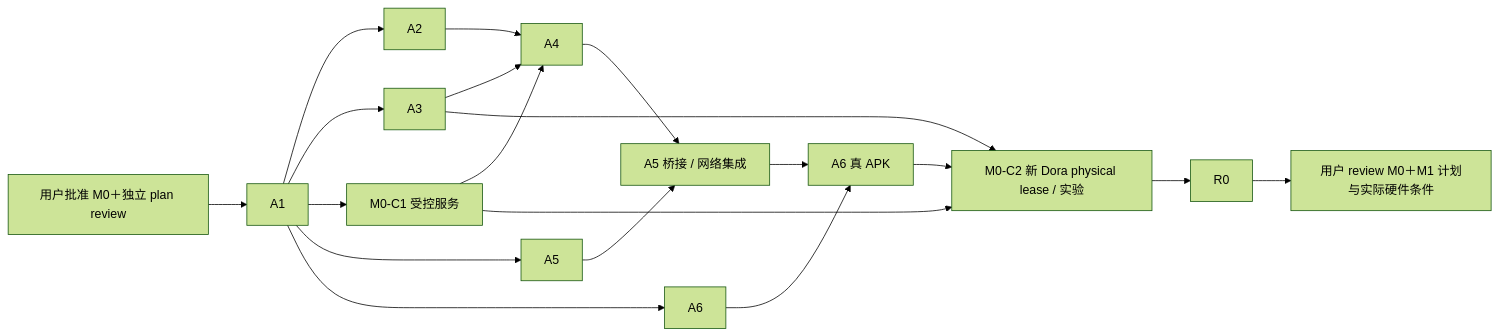
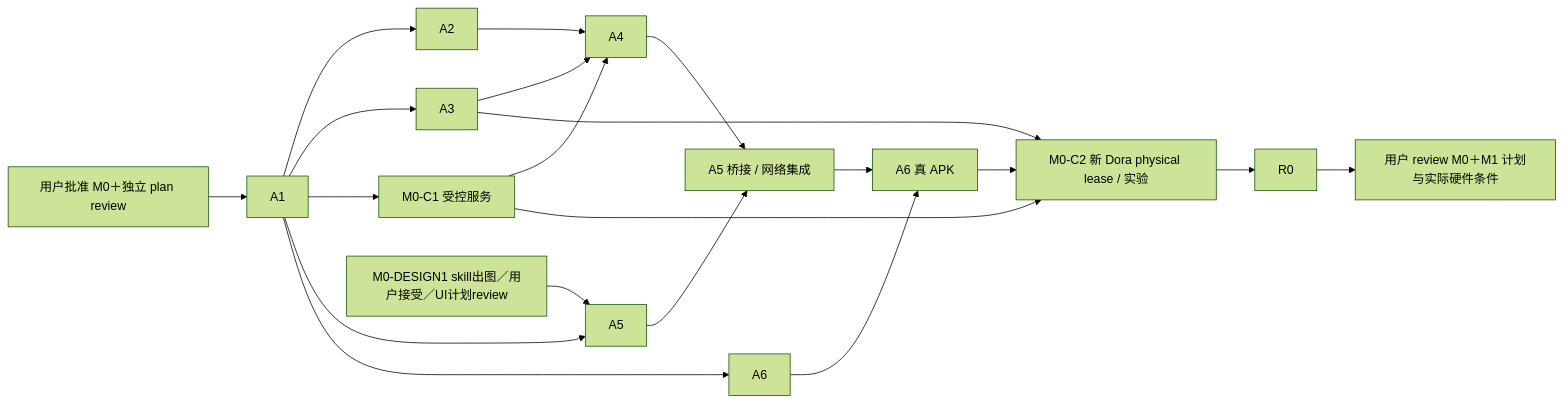
Before and after one commit to GhostFlying/ferry: the diagram in docs/plans/m0.md, drawn with Mermaid (forest theme). The commit also changed other lines of this file and 15 other files, not shown here.

````diff
--- a/docs/plans/m0.md
+++ b/docs/plans/m0.md
@@ -37,21 +38,22 @@
 ```mermaid
 flowchart LR
     G[用户批准 M0＋独立 plan review] --> A1
     A1 --> A2
     A1 --> A3
     A1 --> C1[M0-C1 受控服务]
     A1 --> A5
+    DS[M0-DESIGN1 skill出图／用户接受／UI计划review] --> A5
     A1 --> A6
     A2 --> A4
     A3 --> A4
     C1 --> A4
     A4 --> I[A5 桥接 / 网络集成]
     A5 --> I
     I --> APK[A6 真 APK]
     A6 --> APK
     APK --> C2[M0-C2 新 Dora physical lease / 实验]
     C1 --> C2
     A3 --> C2
     C2 --> R0
     R0 --> U[用户 review M0＋M1 计划与实际硬件条件]
 ```
````
